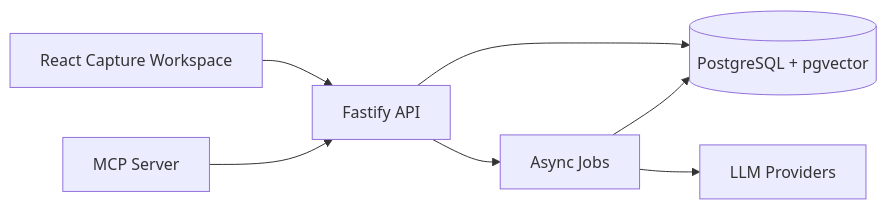
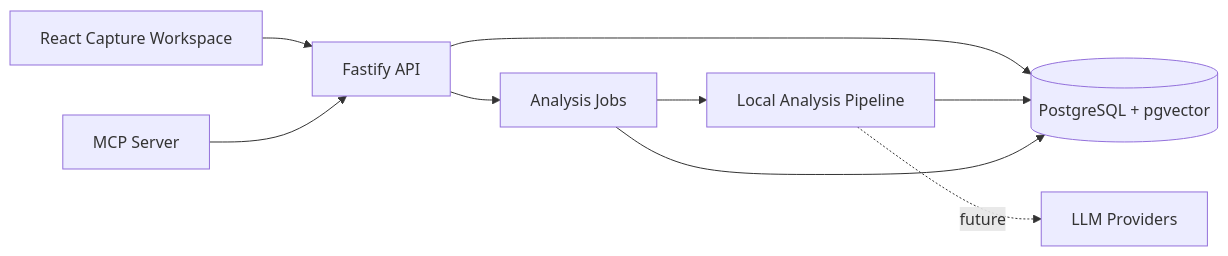
Before and after one commit to jessejusoli/ideahub: the diagram in docs/architecture.md, drawn with Mermaid. The commit also changed other lines of this file and 16 other files, not shown here.

Commit message:
Implement deterministic analysis pipeline

````diff
--- a/docs/architecture.md
+++ b/docs/architecture.md
@@ -7,9 +7,11 @@
 ```mermaid
 flowchart LR
   Web[React Capture Workspace] --> API[Fastify API]
   MCP[MCP Server] --> API
   API --> DB[(PostgreSQL + pgvector)]
-  API --> Jobs[Async Jobs]
-  Jobs --> LLM[LLM Providers]
+  API --> Jobs[Analysis Jobs]
+  Jobs --> Analysis[Local Analysis Pipeline]
+  Analysis -. future .-> LLM[LLM Providers]
+  Analysis --> DB
   Jobs --> DB
 ```
````
